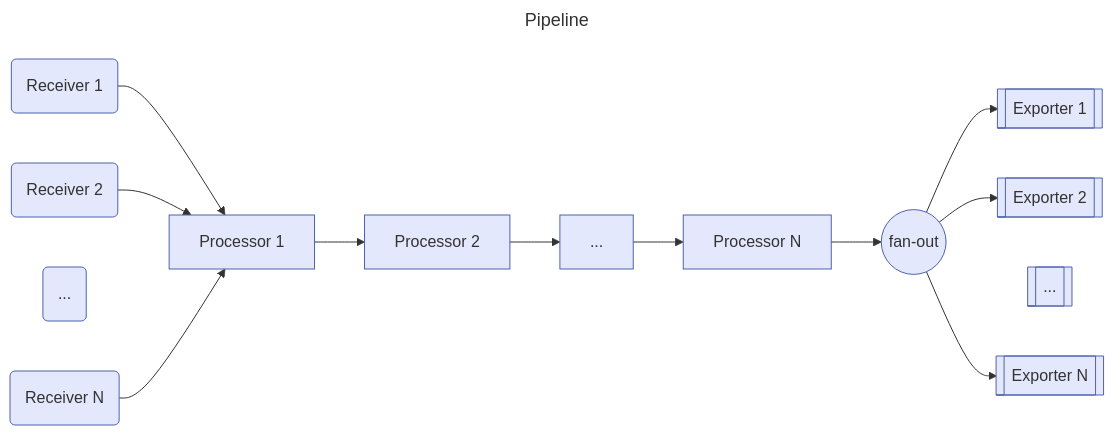
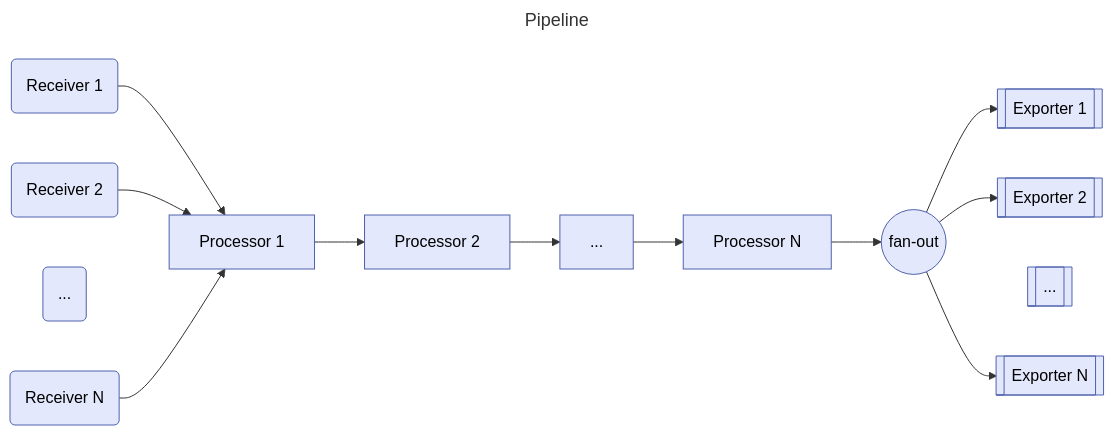
The first of 7 diagrams in content/en/docs/collector/architecture.md (open-telemetry/opentelemetry.io), drawn with Mermaid before and after one commit.

Commit message:
set text color to black in architecture.md

````diff
--- a/content/en/docs/collector/architecture.md
+++ b/content/en/docs/collector/architecture.md
@@ -42,21 +42,22 @@
 ```mermaid
 ---
 title: Pipeline
 ---
 flowchart LR
     R1(Receiver 1) --> P1[Processor 1]
     R2(Receiver 2) --> P1
     RM(...) ~~~ P1
     RN(Receiver N) --> P1
     P1 --> P2[Processor 2]
     P2 --> PM[...]
     PM --> PN[Processor N]
     PN --> FO((fan-out))
     FO --> E1[[Exporter 1]]
     FO --> E2[[Exporter 2]]
     FO ~~~ EM[[...]]
     FO --> EN[[Exporter N]]
 
     %% The stroke color matches the website header.
-    classDef default fill:#e3e8fc,stroke:#4f62ad
+    classDef default fill:#e3e8fc,stroke:#4f62ad,color:#000000;
+
 ```
````
